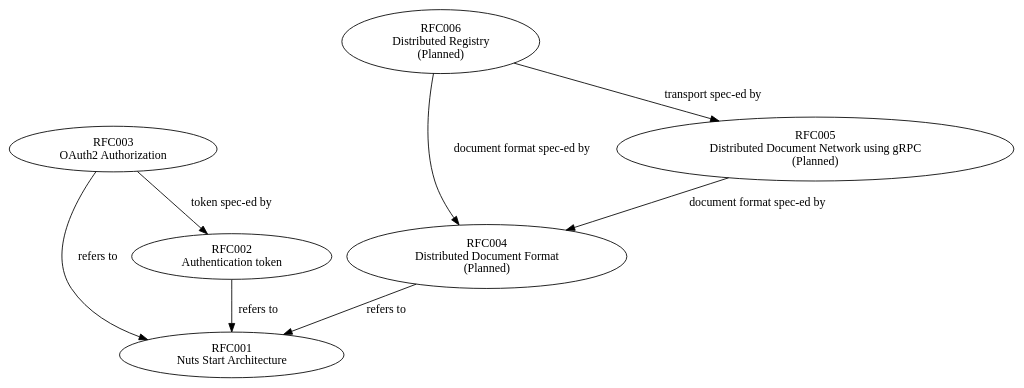
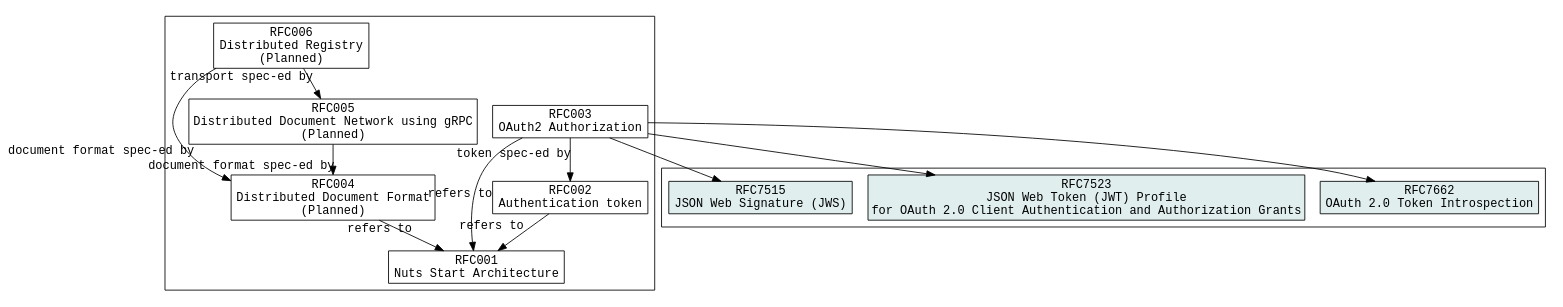
Before and after one commit to nuts-foundation/nuts-specification: the diagram in images/spec-relations.dot, drawn with Graphviz. The commit also changed 2 other files, not shown here.

Commit message:
Added external RFCs

```diff
--- a/images/spec-relations.dot
+++ b/images/spec-relations.dot
@@ -1,23 +1,39 @@
 digraph D {
-  root=RFC001;
-  overlap=false;
+    graph [fontname = "courier"];
+    node [fontname = "courier",shape=box];
+    edge [fontname = "courier"];
+    root = RFC001;
+    overlap = false;
 
-  RFC001 [label="RFC001\nNuts Start Architecture",href="rfc001-nuts-start-architecture"];
-  RFC002 [label="RFC002\nAuthentication token",href="rfc002-authentication-token"];
-  RFC003 [label="RFC003\nOAuth2 Authorization",href="rfc003-oauth2-authorization"];
-  RFC004 [label="RFC004\nDistributed Document Format\n(Planned)",href="rfc004-distributed-document-format"];
-  RFC005 [label="RFC005\nDistributed Document Network using gRPC\n(Planned)",href="rfc005-distributed-document-network-grpc"];
-  RFC006 [label="RFC006\nDistributed Registry\n(Planned)",href="rfc006-distributed-registry"];
+    // Internal RFCs
+    subgraph cluster_internal {
+        RFC001 [label = "RFC001\nNuts Start Architecture",href = "rfc001-nuts-start-architecture"];
+        RFC002 [label = "RFC002\nAuthentication token",href = "rfc002-authentication-token"];
+        RFC003 [label = "RFC003\nOAuth2 Authorization",href = "rfc003-oauth2-authorization"];
+        RFC004 [label = "RFC004\nDistributed Document Format\n(Planned)",href = "rfc004-distributed-document-format"];
+        RFC005 [label = "RFC005\nDistributed Document Network using gRPC\n(Planned)",href = "rfc005-distributed-document-network-grpc"];
+        RFC006 [label = "RFC006\nDistributed Registry\n(Planned)",href = "rfc006-distributed-registry"];
+    }
 
-  RFC002 -> RFC001 [label="refers to"]
+    // External RFCs
+    subgraph cluster_external {
+        RFC7662_EXT [label = "RFC7662\nOAuth 2.0 Token Introspection", fillcolor=azure2, style=filled, href = "https://tools.ietf.org/html/rfc7662"]
+        RFC7523_EXT [label = "RFC7523\nJSON Web Token (JWT) Profile\nfor OAuth 2.0 Client Authentication and Authorization Grants", fillcolor=azure2, style=filled, href = "https://tools.ietf.org/html/rfc7523"]
+        RFC7515_EXT [label = "RFC7515\nJSON Web Signature (JWS)", fillcolor=azure2, style=filled, href = "https://tools.ietf.org/html/rfc7515"]
+    }
 
-  RFC003 -> RFC001 [label="refers to"]
-  RFC003 -> RFC002 [label="token spec-ed by"]
+    RFC002 -> RFC001 [xlabel = "refers to"]
 
-  RFC004 -> RFC001 [label="refers to"]
+    RFC003 -> RFC001 [xlabel = "refers to"]
+    RFC003 -> RFC002 [xlabel = "token spec-ed by"]
+    RFC003 -> RFC7662_EXT [label = ""]
+    RFC003 -> RFC7523_EXT [label = ""]
+    RFC003 -> RFC7515_EXT [label = ""]
 
-  RFC005 -> RFC004 [label="document format spec-ed by"]
+    RFC004 -> RFC001 [xlabel = "refers to"]
 
-  RFC006 -> RFC004 [label="document format spec-ed by"]
-  RFC006 -> RFC005 [label="transport spec-ed by"]
+    RFC005 -> RFC004 [xlabel = "document format spec-ed by"]
+
+    RFC006 -> RFC004 [xlabel = "document format spec-ed by"]
+    RFC006 -> RFC005 [xlabel = "transport spec-ed by"]
 }
```
